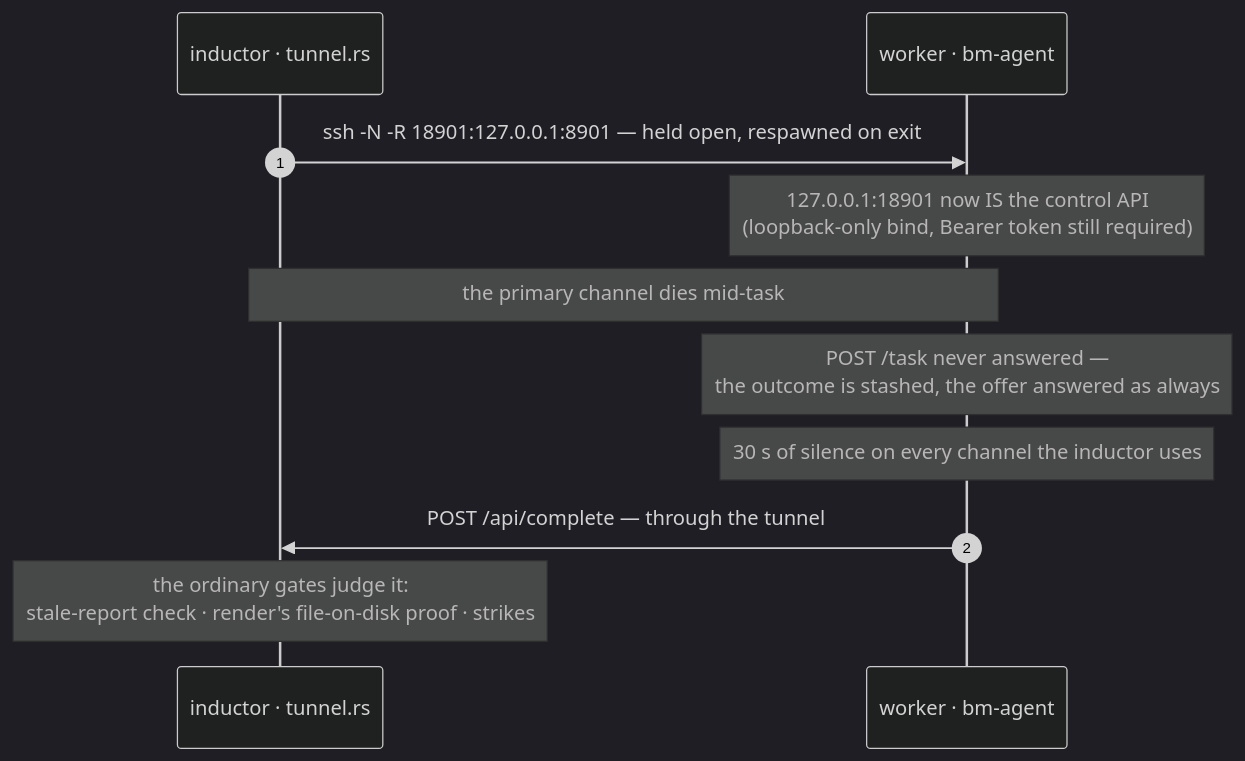
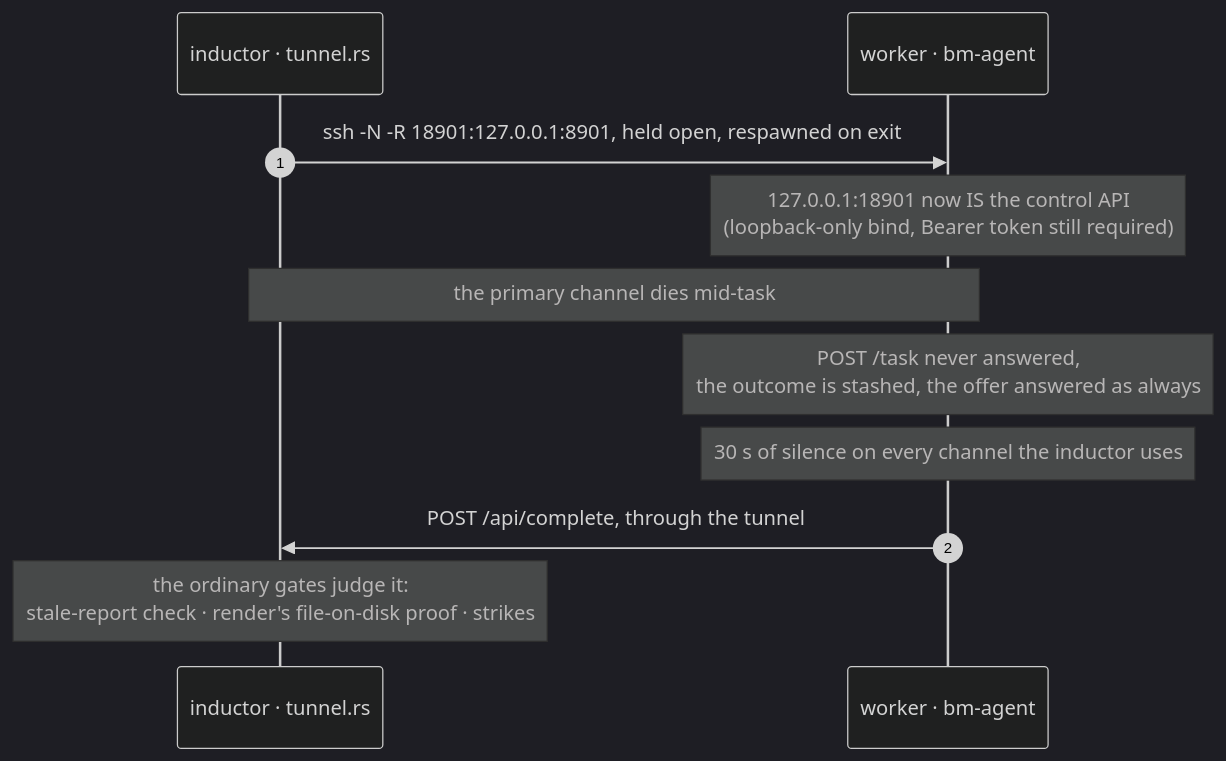
Before and after one commit to lhuthng/storycast: the sixth of 7 diagrams in docs/ARCHITECTURE.md, drawn with Mermaid (dark theme). The commit also changed other lines of this file and 8 other files, not shown here.

````diff
--- a/docs/ARCHITECTURE.md
+++ b/docs/ARCHITECTURE.md
@@ -1160,13 +1145,13 @@
 ```mermaid
 sequenceDiagram
     autonumber
     participant I as inductor · tunnel.rs
     participant W as worker · bm-agent
-    I->>W: ssh -N -R 18901:127.0.0.1:8901 — held open, respawned on exit
+    I->>W: ssh -N -R 18901:127.0.0.1:8901, held open, respawned on exit
     Note over W: 127.0.0.1:18901 now IS the control API<br/>(loopback-only bind, Bearer token still required)
     Note over I,W: the primary channel dies mid-task
-    Note over W: POST /task never answered —<br/>the outcome is stashed, the offer answered as always
+    Note over W: POST /task never answered,<br/>the outcome is stashed, the offer answered as always
     Note over W: 30 s of silence on every channel the inductor uses
-    W->>I: POST /api/complete — through the tunnel
+    W->>I: POST /api/complete, through the tunnel
     Note over I: the ordinary gates judge it:<br/>stale-report check · render's file-on-disk proof · strikes
 ```
````
